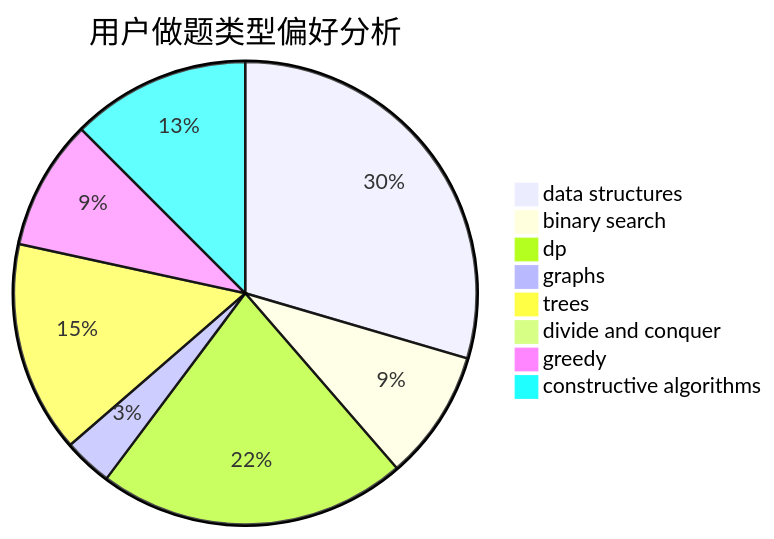
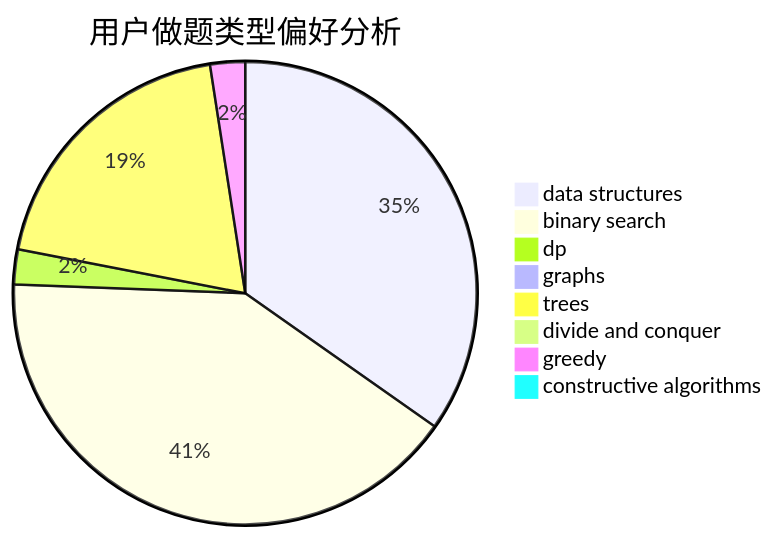
The second of 3 diagrams in docs/user/u826.md (sherpahu/cfrs.github.io), drawn with Mermaid before and after one commit. The commit also changed other lines of this file and 2770 other files, not shown here.

````diff
--- a/docs/user/u826.md
+++ b/docs/user/u826.md
@@ -23,11 +23,11 @@
 ```mermaid
 pie title 用户做题类型偏好分析
-    "data structures" :  26
-    "binary search" :  8
-    "dp" :  19
-    "graphs" :  3
-    "trees" :  13
+    "data structures" :  114
+    "binary search" :  134
+    "dp" :  8
+    "graphs" :  1
+    "trees" :  64
     "divide and conquer" :  0
     "greedy" :  8
-    "constructive algorithms" :  11
+    "constructive algorithms" :  1
 ```
````
